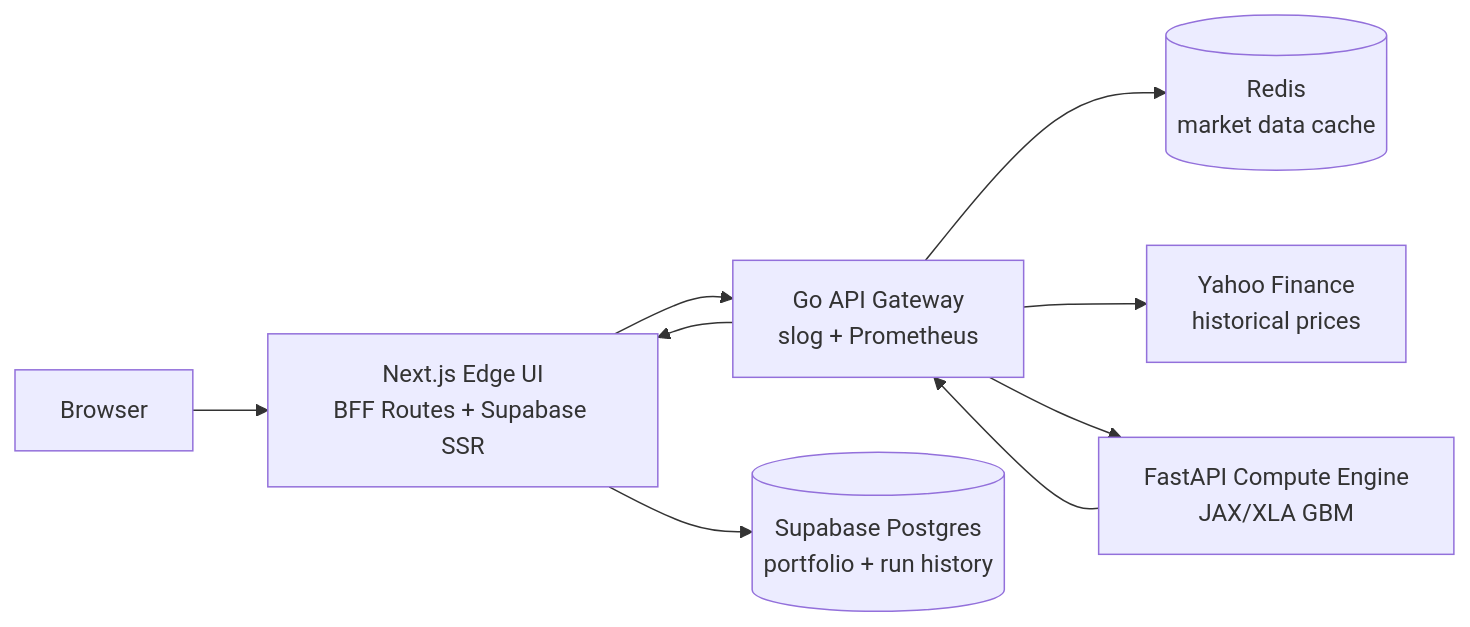
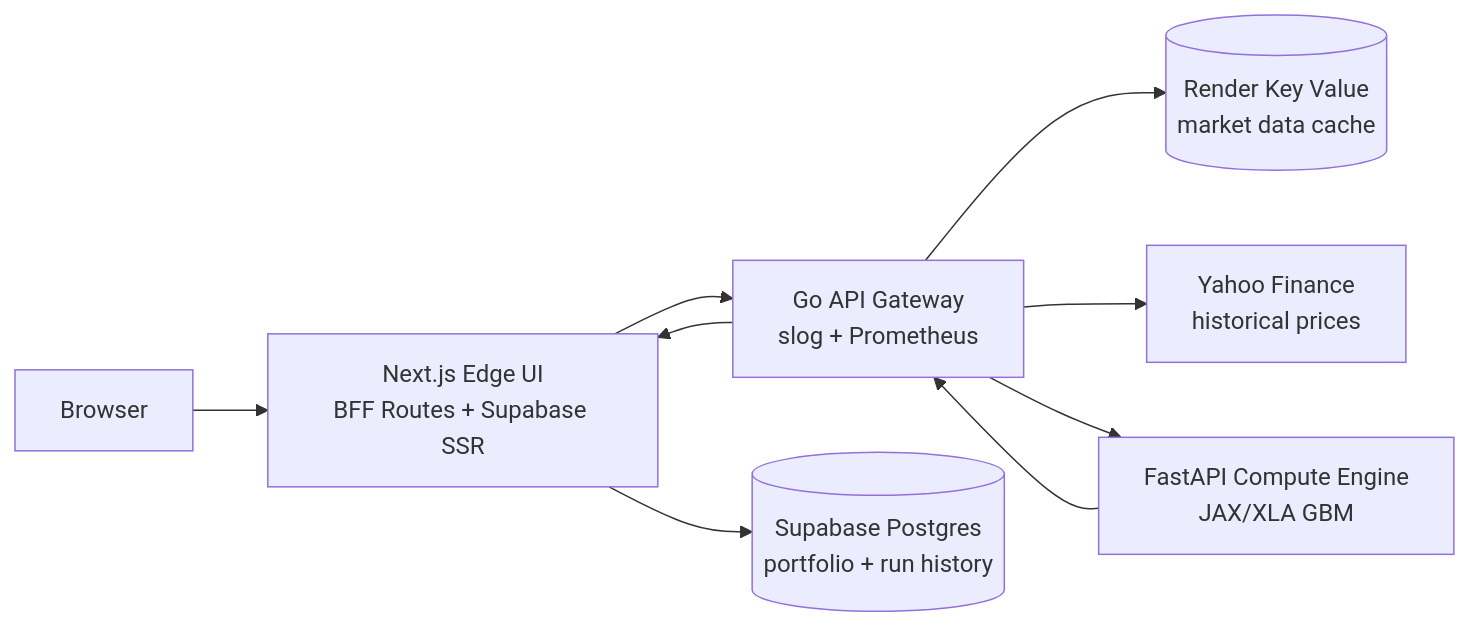
One commit to sabdulmajid/quantitative-stress-tester changed the diagram in README.md. Above: the diagram before and after it, drawn with Mermaid. The commit also changed other lines of this file and 2 other files, not shown here.

````diff
--- a/README.md
+++ b/README.md
@@ -16,11 +16,11 @@
 ```mermaid
 flowchart LR
   Browser[Browser] --> UI[Next.js Edge UI<br/>BFF Routes + Supabase SSR]
   UI --> Gateway[Go API Gateway<br/>slog + Prometheus]
-  Gateway --> Redis[(Redis<br/>market data cache)]
+  Gateway --> Redis[(Render Key Value<br/>market data cache)]
   Gateway --> Yahoo[Yahoo Finance<br/>historical prices]
   Gateway --> Compute[FastAPI Compute Engine<br/>JAX/XLA GBM]
   UI --> Supabase[(Supabase Postgres<br/>portfolio + run history)]
   Compute --> Gateway
   Gateway --> UI
 ```
````
